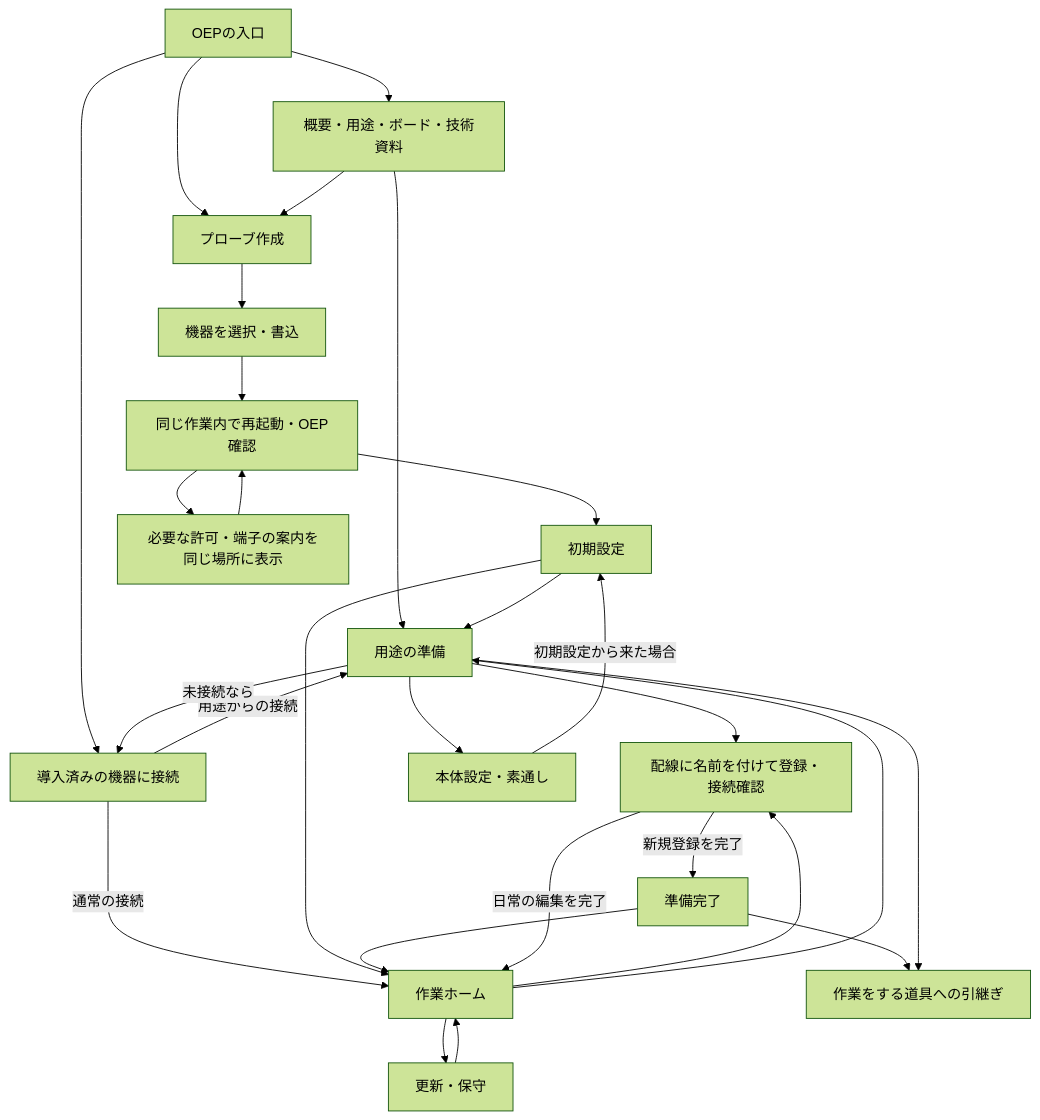
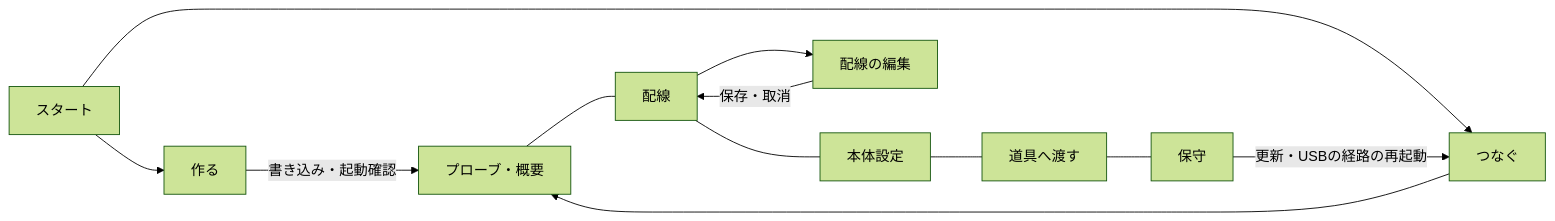
Before and after one commit to Open-Embedded-Probe/oep-client-js: the diagram in docs/page.ja.md, drawn with Mermaid (forest theme). The commit also changed other lines of this file and 20 other files, not shown here.

````diff
--- a/docs/page.ja.md
+++ b/docs/page.ja.md
@@ -169,30 +54,11 @@
 ```mermaid
-flowchart TD
-  P[OEPの入口] --> R[概要・用途・ボード・技術資料]
-  P --> I[プローブ作成]
-  R --> I
-  R --> U[用途の準備]
-  I --> F[機器を選択・書込]
-  F --> B[同じ作業内で再起動・OEP確認]
-  B --> S[初期設定]
-  B --> E[必要な許可・端子の案内を同じ場所に表示]
-  E --> B
-  P --> C[導入済みの機器に接続]
-  C -->|通常の接続| H[作業ホーム]
-  C -->|用途からの接続| U
-  S --> U
-  U --> N[配線に名前を付けて登録・接続確認]
-  U --> G[本体設定・素通し]
-  S --> H
-  N -->|新規登録を完了| V[準備完了]
-  V --> X[作業をする道具への引継ぎ]
-  V --> H
-  U --> X
-  G -->|初期設定から来た場合| S
-  N -->|日常の編集を完了| H
-  H --> N
-  H --> U
-  U -->|未接続なら| C
-  H --> M[更新・保守]
-  M --> H
+flowchart LR
+  S1[スタート] --> S2[作る]
+  S1 --> S3[つなぐ]
+  S2 -->|書き込み・起動確認| P1
+  S3 --> P1[プローブ・概要]
+  P1 --- P2[配線] --- P4[本体設定] --- P5[道具へ渡す] --- P6[保守]
+  P2 --> P3[配線の編集]
+  P3 -->|保存・取消| P2
+  P6 -->|更新・USBの経路の再起動| S3
 ```
````
